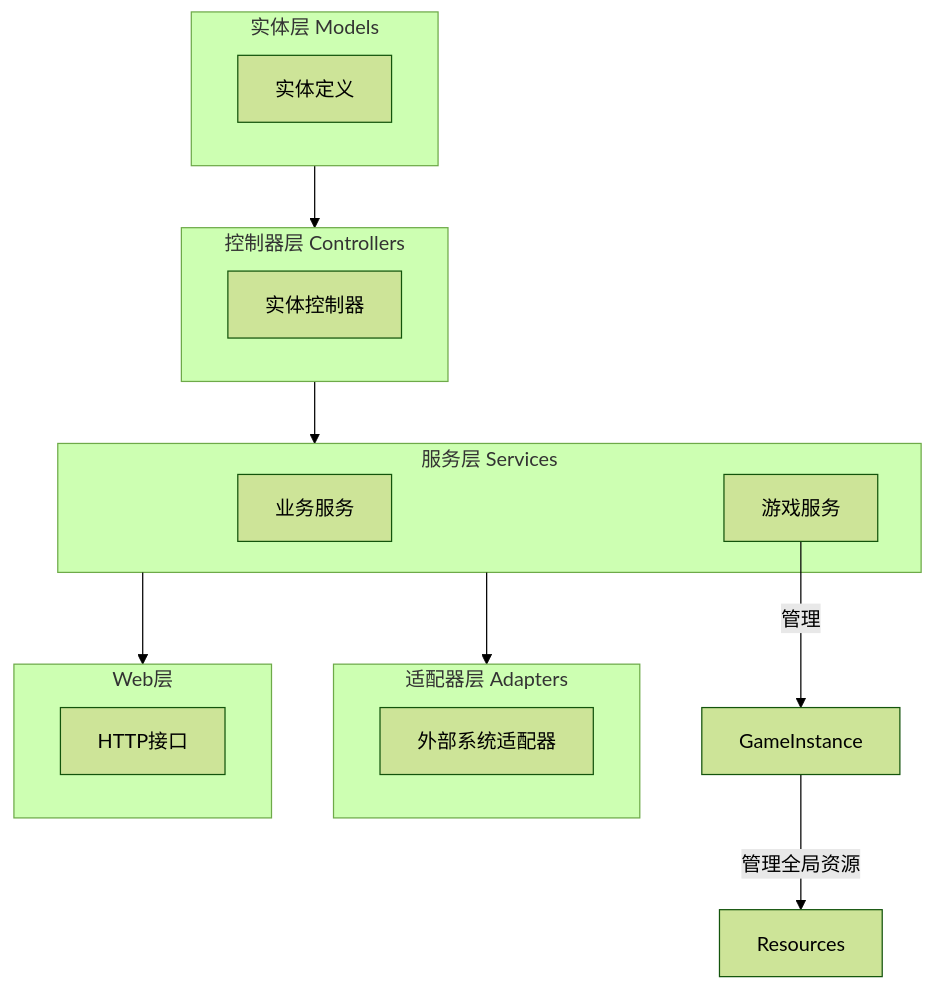
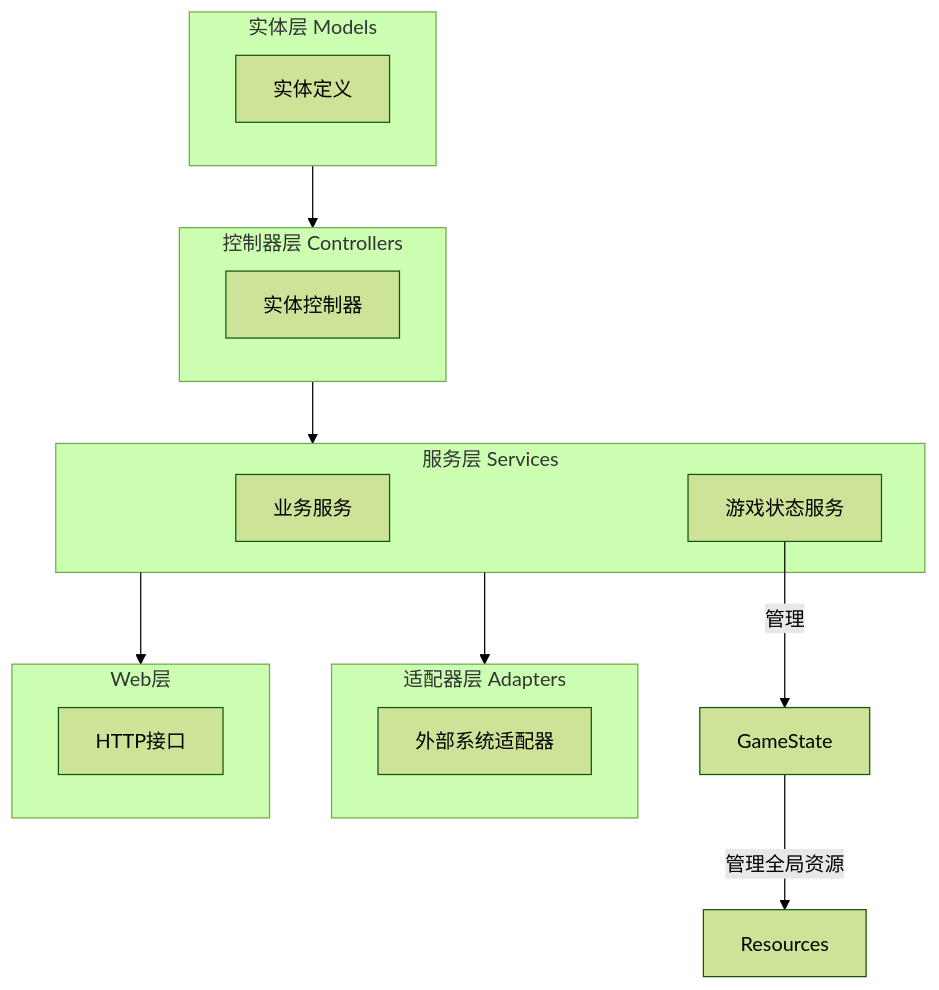
Before and after one commit to crossagent/paotuan: the first of 7 diagrams in docs/架构.md, drawn with Mermaid (forest theme). The commit also changed other lines of this file and 6 other files, not shown here.

````diff
--- a/docs/架构.md
+++ b/docs/架构.md
@@ -15,31 +15,31 @@
 ```mermaid
 graph TD
-    GameInstance[GameInstance] --> |管理全局资源| Resources
+    GameState[GameState] --> |管理全局资源| Resources
     
     subgraph models[实体层 Models]
         Entities[实体定义]
     end
     
     subgraph core[控制器层 Controllers]
         Controllers[实体控制器]
     end
     
     subgraph services[服务层 Services]
         ServiceLayer[业务服务]
-        GameService[游戏服务]
+        GameStateService[游戏状态服务]
     end
     
     subgraph adapters[适配器层 Adapters]
         AdapterLayer[外部系统适配器]
     end
     
     subgraph web[Web层]
         WebLayer[HTTP接口]
     end
     
     models --> core
     core --> services
     services --> adapters
     services --> web
-    GameService --> |管理| GameInstance
+    GameStateService --> |管理| GameState
 ```
````
